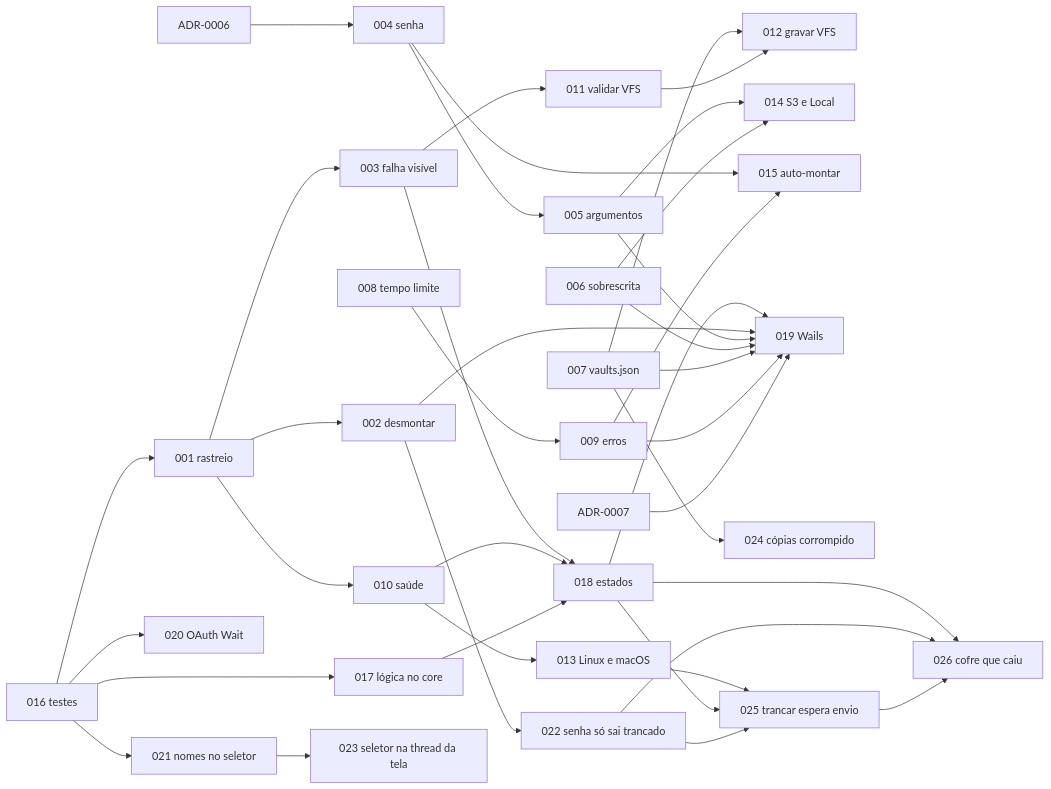
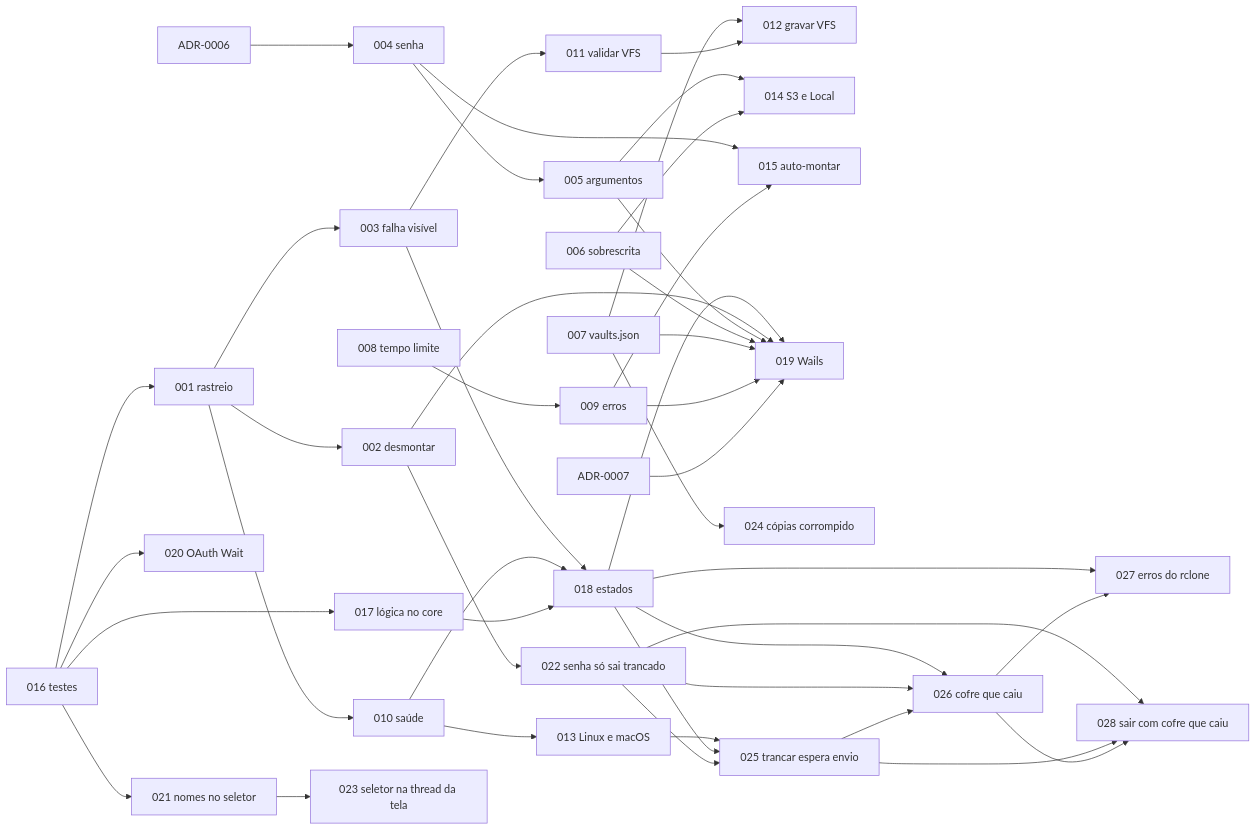
One commit to douglassouza-dev/runtime-crypt-go changed the diagram in docs/demanda/index.md. Above: the diagram before and after it, drawn with Mermaid. The commit also changed other lines of this file and 2 other files, not shown here.

Commit message:
docs(027,028): demandas — erros do rclone em português; sair com cofre que caiu

````diff
--- a/docs/demanda/index.md
+++ b/docs/demanda/index.md
@@ -40,42 +42,47 @@
 ```mermaid
 flowchart LR
     d016["016 testes"] --> d001["001 rastreio"]
     d001 --> d002["002 desmontar"]
     d001 --> d003["003 falha visível"]
     d001 --> d010["010 saúde"]
     adr6["ADR-0006"] --> d004["004 senha"]
     d004 --> d005["005 argumentos"]
     d006["006 sobrescrita"]
     d007["007 vaults.json"]
     d008["008 tempo limite"] --> d009["009 erros"]
     d003 --> d011["011 validar VFS"]
     d007 --> d012["012 gravar VFS"]
     d011 --> d012
     d010 --> d013["013 Linux e macOS"]
     d005 --> d014["014 S3 e Local"]
     d006 --> d014
     d004 --> d015["015 auto-montar"]
     d009 --> d015
     d016 --> d017["017 lógica no core"]
     d016 --> d020["020 OAuth Wait"]
     d016 --> d021["021 nomes no seletor"]
     d003 --> d018["018 estados"]
     d010 --> d018
     d017 --> d018
     d018 --> d019["019 Wails"]
     d002 --> d019
     d005 --> d019
     d006 --> d019
     d007 --> d019
     d009 --> d019
     adr7["ADR-0007"] --> d019
     d002 --> d022["022 senha só sai trancado"]
     d021 --> d023["023 seletor na thread da tela"]
     d007 --> d024["024 cópias corrompido"]
     d013 --> d025["025 trancar espera envio"]
     d018 --> d025
     d022 --> d025
     d018 --> d026["026 cofre que caiu"]
     d022 --> d026
     d025 --> d026
+    d018 --> d027["027 erros do rclone"]
+    d026 --> d027
+    d022 --> d028["028 sair com cofre que caiu"]
+    d025 --> d028
+    d026 --> d028
 ```
````
